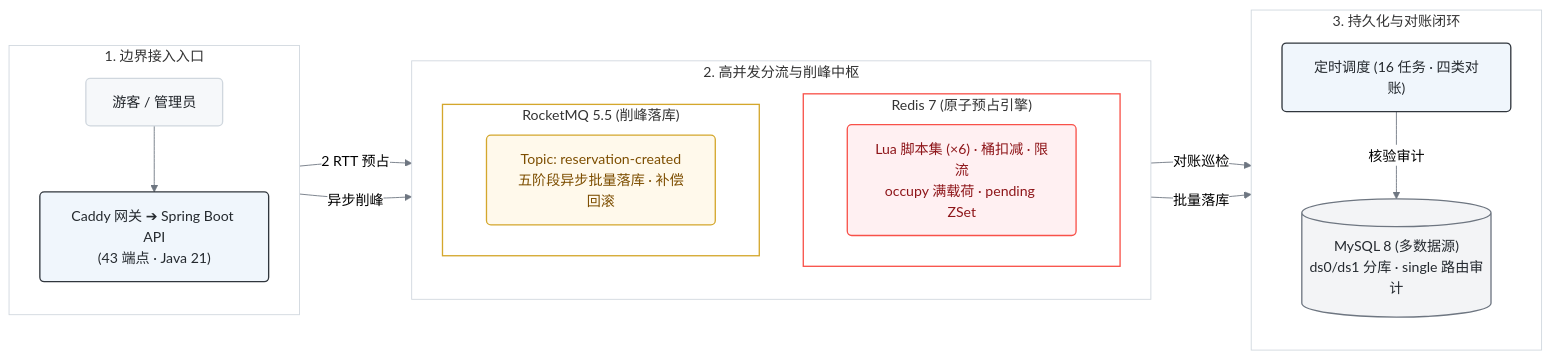
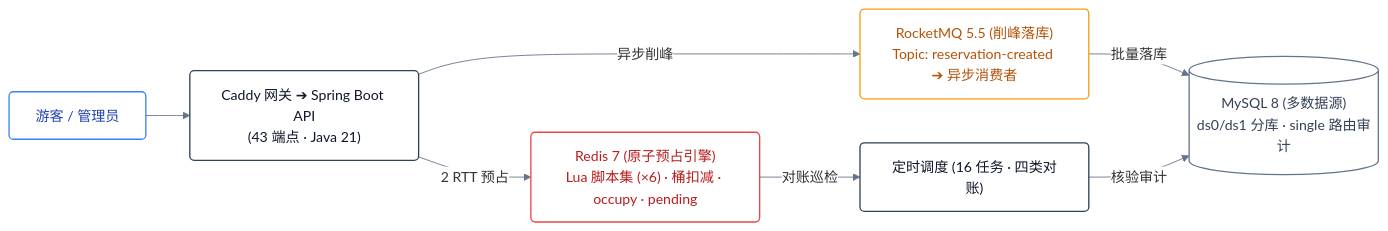
Before and after one commit to s1oopX/ReserveX: the first of 2 diagrams in README.md, drawn with Mermaid. The commit also changed other lines of this file, not shown here.

Commit message:
docs: overhaul architecture diagram to pure-white, box-free modern styling

````diff
--- a/README.md
+++ b/README.md
@@ -68,52 +68,29 @@
 ```mermaid
-%%{init: {'theme': 'neutral', 'themeVariables': { 'clusterBkg': '#ffffff', 'clusterBorder': '#d0d7de', 'primaryColor': '#f6f8fa', 'primaryBorderColor': '#d0d7de', 'lineColor': '#6e7681' }}}%%
+%%{init: {'theme': 'base', 'themeVariables': { 'edgeLabelBackground': '#ffffff', 'mainBkg': '#ffffff', 'lineColor': '#64748b' }}}%%
 flowchart LR
-    %% 节点专属配色类
-    classDef client fill:#f6f8fa,stroke:#d0d7de,stroke-width:1.5px,color:#1f2328,rx:5px,ry:5px;
-    classDef edge fill:#e6f4ff,stroke:#58a6ff,stroke-width:1.5px,color:#0969da,rx:5px,ry:5px;
-    classDef app fill:#f0f6fc,stroke:#30363d,stroke-width:1.5px,color:#24292e,rx:5px,ry:5px;
-    classDef redis fill:#fff0f2,stroke:#f85149,stroke-width:1.5px,color:#8e1519,rx:5px,ry:5px;
-    classDef mq fill:#fff9eb,stroke:#d4a72c,stroke-width:1.5px,color:#7d4e00,rx:5px,ry:5px;
-    classDef db fill:#f3f4f6,stroke:#6e7681,stroke-width:1.5px,color:#24292f,rx:5px,ry:5px;
+    classDef client fill:#ffffff,stroke:#3b82f6,stroke-width:1.5px,color:#1e40af,rx:5px,ry:5px;
+    classDef app fill:#ffffff,stroke:#334155,stroke-width:1.5px,color:#0f172a,rx:5px,ry:5px;
+    classDef redis fill:#ffffff,stroke:#ef4444,stroke-width:1.5px,color:#b91c1c,rx:5px,ry:5px;
+    classDef mq fill:#ffffff,stroke:#f59e0b,stroke-width:1.5px,color:#b45309,rx:5px,ry:5px;
+    classDef db fill:#ffffff,stroke:#64748b,stroke-width:1.5px,color:#334155,rx:5px,ry:5px;
 
-    %% 1. 边界接入 (左列)
-    subgraph INGRESS ["1. 边界接入入口"]
-        direction TB
-        USER["游客 / 管理员"]:::client
-        API["Caddy 网关 ➔ Spring Boot API<br/>(43 端点 · Java 21)"]:::app
-        USER --> API
-    end
+    %% 边界接入
+    USER["游客 / 管理员"]:::client
+    API["Caddy 网关 ➔ Spring Boot API<br/>(43 端点 · Java 21)"]:::app
 
-    %% 2. 分流中枢 (中间列：双擎并排)
-    subgraph ENGINE ["2. 高并发分流与削峰中枢"]
-        direction TB
-        subgraph G_REDIS ["Redis 7 (原子预占引擎)"]
-            REDIS_NODE["Lua 脚本集 (×6) · 桶扣减 · 限流<br/>occupy 满载荷 · pending ZSet"]:::redis
-        end
+    %% 中间件分流
+    LUA_ENGINE["Redis 7 (原子预占引擎)<br/>Lua 脚本集 (×6) · 桶扣减 · occupy · pending"]:::redis
+    MQ_ENGINE["RocketMQ 5.5 (削峰落库)<br/>Topic: reservation-created ➔ 异步消费者"]:::mq
 
-        subgraph G_MQ ["RocketMQ 5.5 (削峰落库)"]
-            MQ_NODE["Topic: reservation-created<br/>五阶段异步批量落库 · 补偿回滚"]:::mq
-        end
-    end
+    %% 持久化与对账
+    JOB_NODE["定时调度 (16 任务 · 四类对账)"]:::app
+    DB_NODE[("MySQL 8 (多数据源)<br/>ds0/ds1 分库 · single 路由审计")]:::db
 
-    %% 3. 数据与对账 (右列)
-    subgraph STORAGE ["3. 持久化与对账闭环"]
-        direction TB
-        DB_NODE[("MySQL 8 (多数据源)<br/>ds0/ds1 分库 · single 路由审计")]:::db
-        JOB_NODE["定时调度 (16 任务 · 四类对账)"]:::app
-    end
-
-    %% 纯横向极简推进 (高度缩减 65%！)
-    API -->|"2 RTT 预占"| G_REDIS
-    API -->|"异步削峰"| G_MQ
-
-    G_REDIS -->|"对账巡检"| JOB_NODE
-    G_MQ -->|"批量落库"| DB_NODE
+    %% 流转走向 (纯横向极简无框)
+    USER --> API
+    API -->|"2 RTT 预占"| LUA_ENGINE
+    API -->|"异步削峰"| MQ_ENGINE
+    LUA_ENGINE -->|"对账巡检"| JOB_NODE
+    MQ_ENGINE -->|"批量落库"| DB_NODE
     JOB_NODE -->|"核验审计"| DB_NODE
-
-    style INGRESS fill:#ffffff,stroke:#d0d7de,stroke-width:1px
-    style ENGINE fill:#ffffff,stroke:#d0d7de,stroke-width:1px
-    style G_REDIS fill:#ffffff,stroke:#f85149,stroke-width:1.5px
-    style G_MQ fill:#ffffff,stroke:#d4a72c,stroke-width:1.5px
-    style STORAGE fill:#ffffff,stroke:#d0d7de,stroke-width:1px
 ```
````
